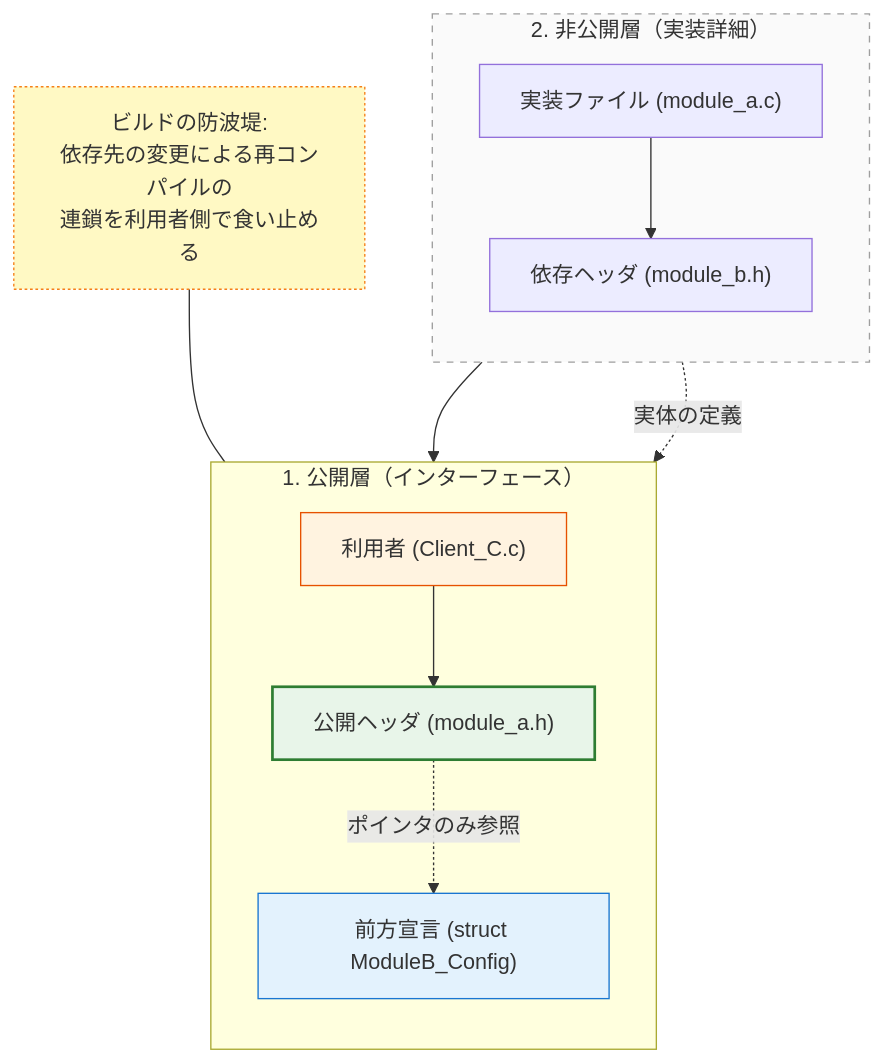
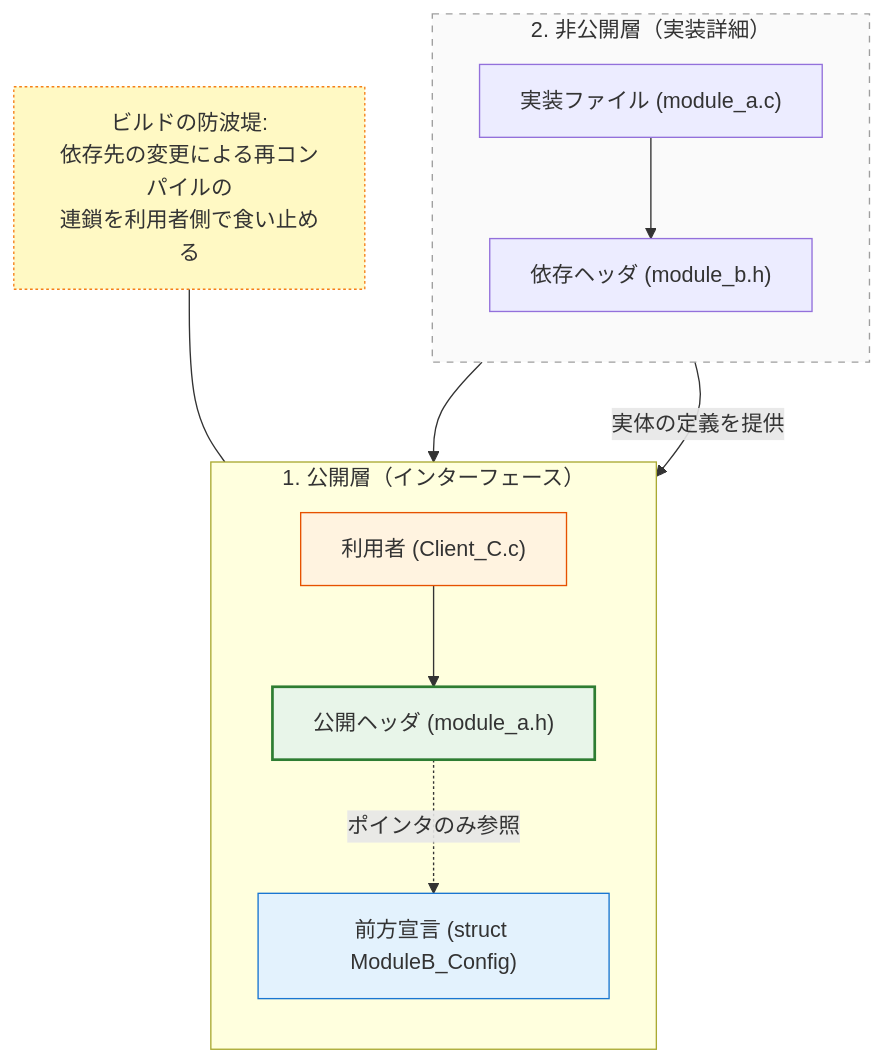
The second of 4 diagrams in 02_章別/15_第2部 第11章 インターフェース分離原則 (ISP) 不要な依存の排除とモジュール結合度の最小化_02.md (kumachan1101/BookProject), drawn with Mermaid before and after one commit. The commit also changed other lines of this file and 109 other files, not shown here.

````diff
--- a/02_章別/15_第2部 第11章 インターフェース分離原則 (ISP) 不要な依存の排除とモジュール結合度の最小化_02.md
+++ b/02_章別/15_第2部 第11章 インターフェース分離原則 (ISP) 不要な依存の排除とモジュール結合度の最小化_02.md
@@ -122,39 +165,39 @@
 ```mermaid
 graph TB
       %% 1. 公開層（Clientから見える範囲）
       subgraph Public ["1. 公開層（インターフェース）"]
           direction TB
           CLIENT["利用者 (Client_C.c)"]
           MA["公開ヘッダ (module_a.h)"]
           FWD["前方宣言 (struct ModuleB_Config)"]
 
           CLIENT --> MA
           MA -.->|"ポインタのみ参照"| FWD
       end
 
       %% 2. 非公開層（実装詳細）
       subgraph Private ["2. 非公開層（実装詳細）"]
           direction TB
           IMPL["実装ファイル (module_a.c)"]
           MB["依存ヘッダ (module_b.h)"]
 
           IMPL --> MA
           IMPL --> MB
       end
 
       %% 防波堤の接続
-      MB -.->|"実体の定義"| FWD
+      MB -->|"実体の定義を提供"| FWD
 
       %% 改善点の注釈
       Note["ビルドの防波堤:<br/>依存先の変更による再コンパイルの<br/>連鎖を利用者側で食い止める"]
 
       %% 注釈の配置
       Note --- MA
 
       %% スタイル設定
       style MA fill:#e8f5e9,stroke:#2e7d32,stroke-width:2px
       style FWD fill:#e3f2fd,stroke:#1976d2
       style CLIENT fill:#fff3e0,stroke:#e65100
       style Private fill:#fafafa,stroke:#9e9e9e,stroke-dasharray: 5 5
       style Note fill:#fff9c4,stroke:#f57f17,stroke-dasharray: 2 2
 ```
````
